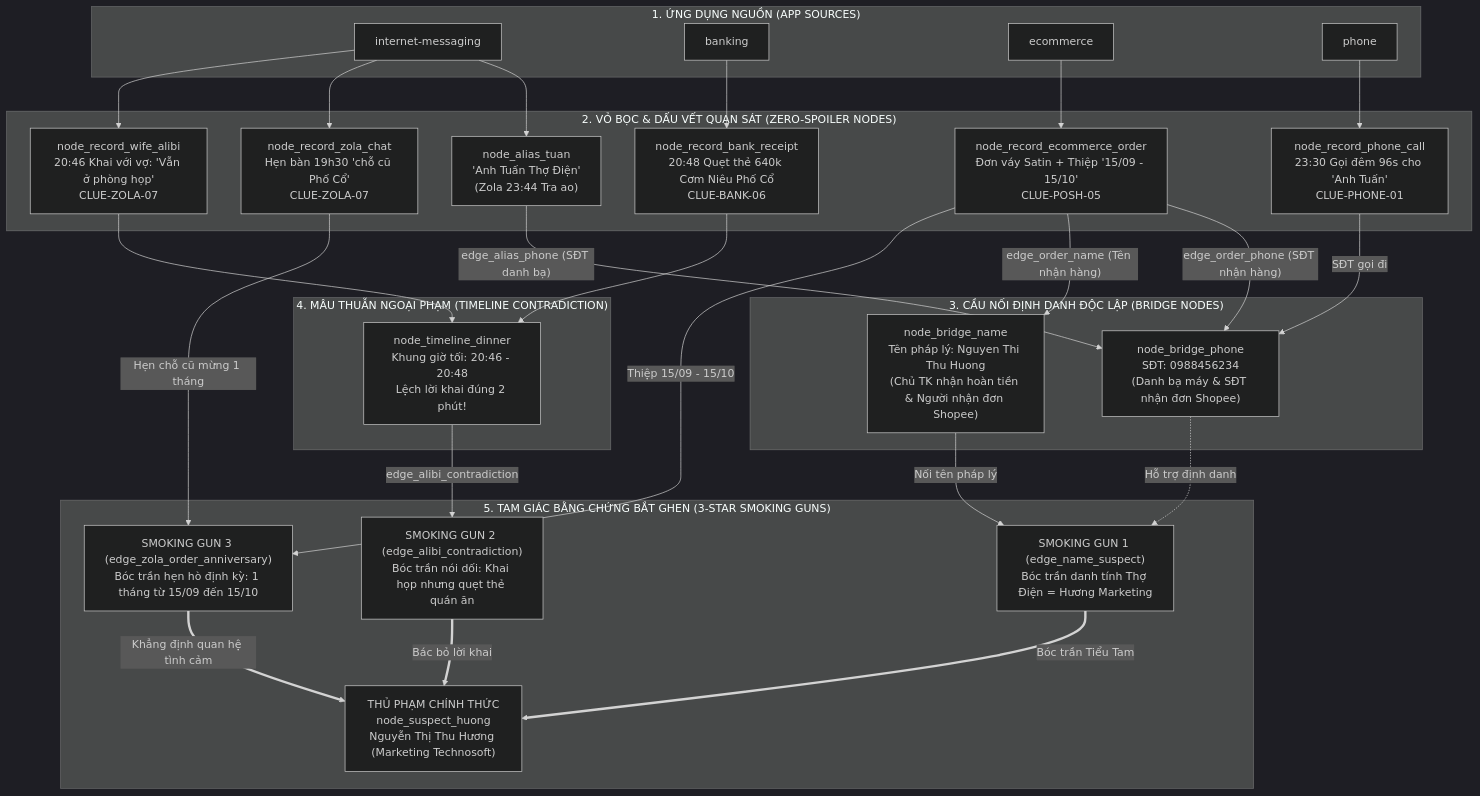
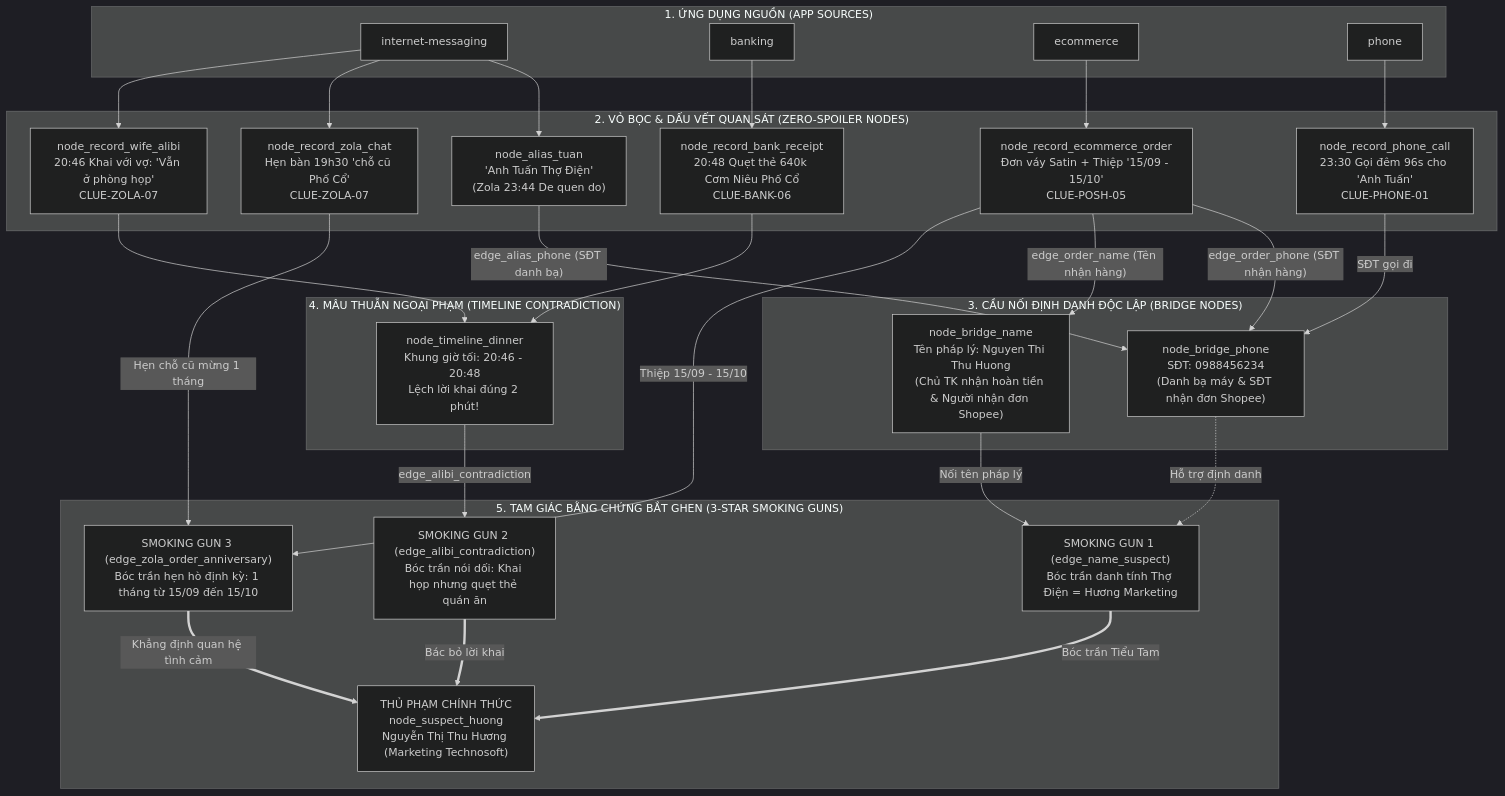
Before and after one commit to BruceNasher168/detective-wifey: the second of 2 diagrams in .agent-artifacts/requirements/stories/husband-hoang/level-01.md, drawn with Mermaid (dark theme). The commit also changed other lines of this file and 17 other files, not shown here.

````diff
--- a/.agent-artifacts/requirements/stories/husband-hoang/level-01.md
+++ b/.agent-artifacts/requirements/stories/husband-hoang/level-01.md
@@ -193,64 +193,64 @@
 ```mermaid
 flowchart TD
   subgraph APPS ["1. ỨNG DỤNG NGUỒN (APP SOURCES)"]
     App_Zola["internet-messaging"]
     App_Bank["banking"]
     App_Shop["ecommerce"]
     App_Phone["phone"]
   end
 
   subgraph INITIAL_CLUES ["2. VỎ BỌC & DẤU VẾT QUAN SÁT (ZERO-SPOILER NODES)"]
-    Alias_Tuan["node_alias_tuan<br/>'Anh Tuấn Thợ Điện'<br/>(Zola 23:44 Tra ao)"]
+    Alias_Tuan["node_alias_tuan<br/>'Anh Tuấn Thợ Điện'<br/>(Zola 23:44 De quen do)"]
     Record_ZolaChat["node_record_zola_chat<br/>Hẹn bàn 19h30 'chỗ cũ Phố Cổ'<br/>CLUE-ZOLA-07"]
     Record_WifeAlibi["node_record_wife_alibi<br/>20:46 Khai với vợ: 'Vẫn ở phòng họp'<br/>CLUE-ZOLA-07"]
     Record_BankReceipt["node_record_bank_receipt<br/>20:48 Quẹt thẻ 640k Cơm Niêu Phố Cổ<br/>CLUE-BANK-06"]
     Record_ShopOrder["node_record_ecommerce_order<br/>Đơn váy Satin + Thiệp '15/09 - 15/10'<br/>CLUE-POSH-05"]
     Record_PhoneCall["node_record_phone_call<br/>23:30 Gọi đêm 96s cho 'Anh Tuấn'<br/>CLUE-PHONE-01"]
   end
 
   subgraph BRIDGES ["3. CẦU NỐI ĐỊNH DANH ĐỘC LẬP (BRIDGE NODES)"]
     Bridge_Phone["node_bridge_phone<br/>SĐT: 0988456234<br/>(Danh bạ máy & SĐT nhận đơn Shopee)"]
     Bridge_Name["node_bridge_name<br/>Tên pháp lý: Nguyen Thi Thu Huong<br/>(Chủ TK nhận hoàn tiền & Người nhận đơn Shopee)"]
   end
 
   subgraph TIMELINE_ALIBI ["4. MÂU THUẪN NGOẠI PHẠM (TIMELINE CONTRADICTION)"]
     Time_Dinner["node_timeline_dinner<br/>Khung giờ tối: 20:46 - 20:48<br/>Lệch lời khai đúng 2 phút!"]
   end
 
   subgraph SMOKING_GUNS ["5. TAM GIÁC BẰNG CHỨNG BẮT GHEN (3-STAR SMOKING GUNS)"]
     SG1["SMOKING GUN 1 (edge_name_suspect)<br/>Bóc trần danh tính Thợ Điện = Hương Marketing"]
     SG2["SMOKING GUN 2 (edge_alibi_contradiction)<br/>Bóc trần nói dối: Khai họp nhưng quẹt thẻ quán ăn"]
     SG3["SMOKING GUN 3 (edge_zola_order_anniversary)<br/>Bóc trần hẹn hò định kỳ: 1 tháng từ 15/09 đến 15/10"]
     Suspect_Huong["THỦ PHẠM CHÍNH THỨC<br/>node_suspect_huong<br/>Nguyễn Thị Thu Hương (Marketing Technosoft)"]
   end
 
   %% Mối nối từ App sang Bản ghi
   App_Zola --> Alias_Tuan
   App_Zola --> Record_ZolaChat
   App_Zola --> Record_WifeAlibi
   App_Bank --> Record_BankReceipt
   App_Shop --> Record_ShopOrder
   App_Phone --> Record_PhoneCall
 
   %% Mối nối Cầu nối Định danh
   Alias_Tuan -->|"edge_alias_phone (SĐT danh bạ)"| Bridge_Phone
   Record_PhoneCall -->|"SĐT gọi đi"| Bridge_Phone
   Record_ShopOrder -->|"edge_order_phone (SĐT nhận hàng)"| Bridge_Phone
   Record_ShopOrder -->|"edge_order_name (Tên nhận hàng)"| Bridge_Name
 
   %% Bóc trần danh tính
   Bridge_Name -->|"Nối tên pháp lý"| SG1
   Bridge_Phone -.->|"Hỗ trợ định danh"| SG1
   SG1 ==>|"Bóc trần Tiểu Tam"| Suspect_Huong
 
   %% Mâu thuẫn ngoại phạm
   Record_WifeAlibi --> Time_Dinner
   Record_BankReceipt --> Time_Dinner
   Time_Dinner -->|"edge_alibi_contradiction"| SG2
   SG2 ==>|"Bác bỏ lời khai"| Suspect_Huong
 
   %% Hẹn hò định kỳ & Quà tặng
   Record_ZolaChat -->|"Hẹn chỗ cũ mừng 1 tháng"| SG3
   Record_ShopOrder -->|"Thiệp 15/09 - 15/10"| SG3
   SG3 ==>|"Khẳng định quan hệ tình cảm"| Suspect_Huong
 ```
````
